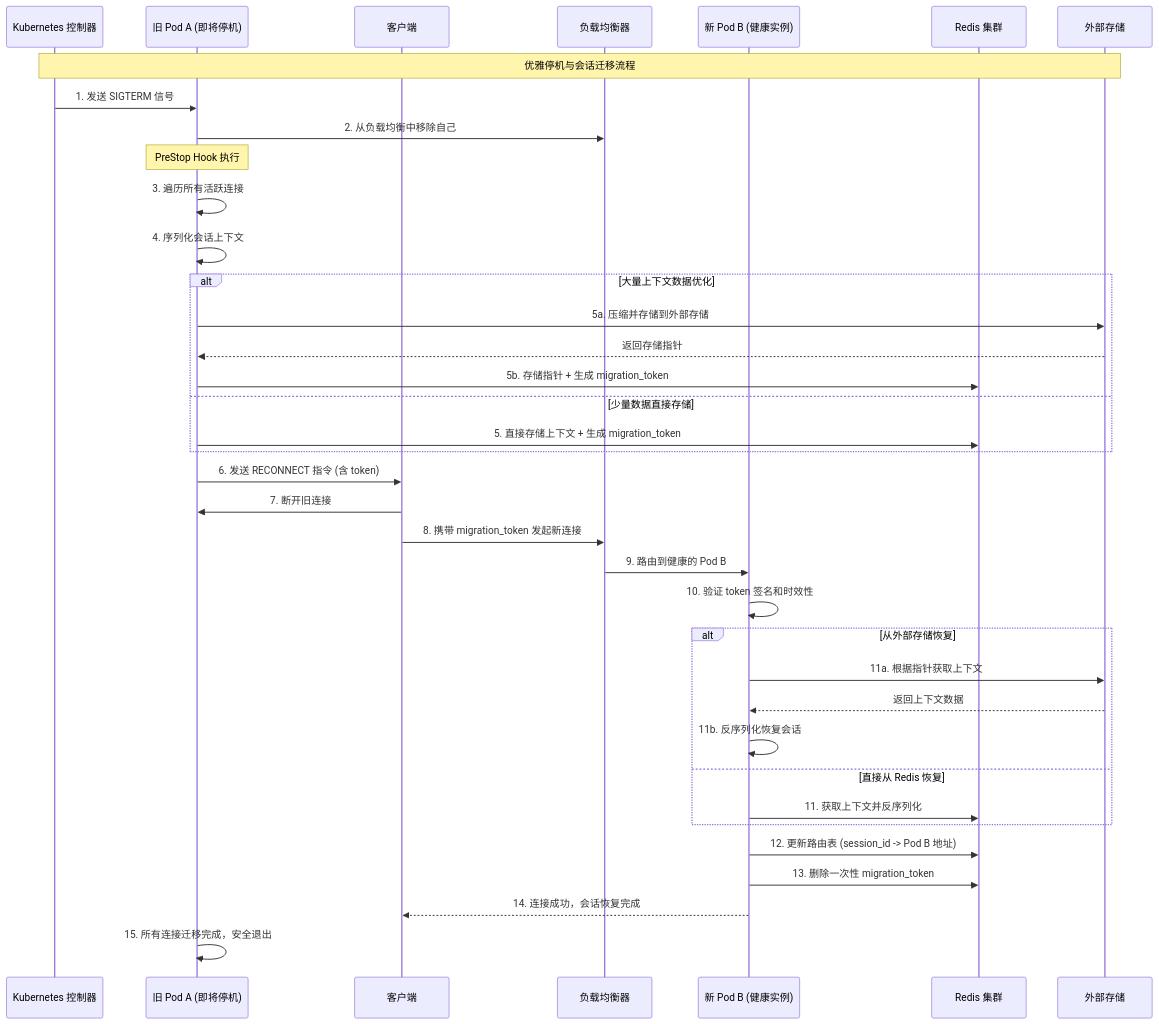
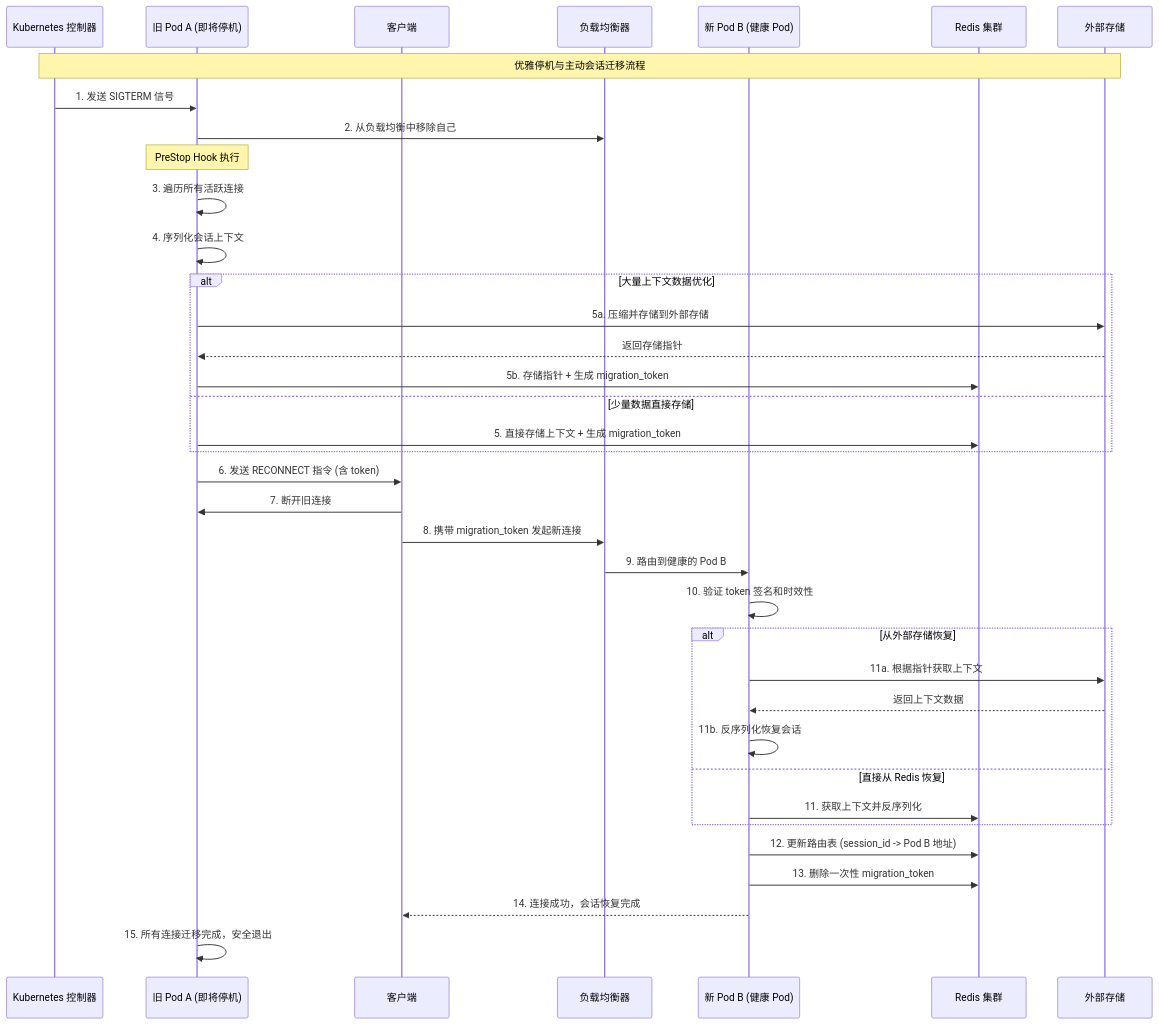
One commit to iheCoder/code_for_article changed the second of 3 diagrams in distributed/架构演进：为“AI语音伴侣”构建永不中断的实时通信网关.md. Above: the diagram before and after it, drawn with Mermaid. The commit also changed other lines of this file, not shown here.

````diff
--- a/distributed/架构演进：为“AI语音伴侣”构建永不中断的实时通信网关.md
+++ b/distributed/架构演进：为“AI语音伴侣”构建永不中断的实时通信网关.md
@@ -101,49 +102,49 @@
 ```mermaid
 sequenceDiagram
     participant K8s as Kubernetes 控制器
     participant PodA as 旧 Pod A (即将停机)
     participant Client as 客户端
     participant LB as 负载均衡器
-    participant PodB as 新 Pod B (健康实例)
+    participant PodB as 新 Pod B (健康 Pod)
     participant Redis as Redis 集群
     participant Storage as 外部存储
 
-    Note over K8s,Storage: 优雅停机与会话迁移流程
+    Note over K8s,Storage: 优雅停机与主动会话迁移流程
     
     K8s->>PodA: 1. 发送 SIGTERM 信号
     PodA->>LB: 2. 从负载均衡中移除自己
     
     Note over PodA: PreStop Hook 执行
     PodA->>PodA: 3. 遍历所有活跃连接
     PodA->>PodA: 4. 序列化会话上下文
     
     alt 大量上下文数据优化
         PodA->>Storage: 5a. 压缩并存储到外部存储
         Storage-->>PodA: 返回存储指针
         PodA->>Redis: 5b. 存储指针 + 生成 migration_token
     else 少量数据直接存储
         PodA->>Redis: 5. 直接存储上下文 + 生成 migration_token
     end
     
     PodA->>Client: 6. 发送 RECONNECT 指令 (含 token)
     Client->>PodA: 7. 断开旧连接
     
     Client->>LB: 8. 携带 migration_token 发起新连接
     LB->>PodB: 9. 路由到健康的 Pod B
     
     PodB->>PodB: 10. 验证 token 签名和时效性
     
     alt 从外部存储恢复
         PodB->>Storage: 11a. 根据指针获取上下文
         Storage-->>PodB: 返回上下文数据
         PodB->>PodB: 11b. 反序列化恢复会话
     else 直接从 Redis 恢复
         PodB->>Redis: 11. 获取上下文并反序列化
     end
     
     PodB->>Redis: 12. 更新路由表 (session_id -> Pod B 地址)
     PodB->>Redis: 13. 删除一次性 migration_token
     PodB-->>Client: 14. 连接成功，会话恢复完成
     
     PodA->>PodA: 15. 所有连接迁移完成，安全退出
 ```
````
